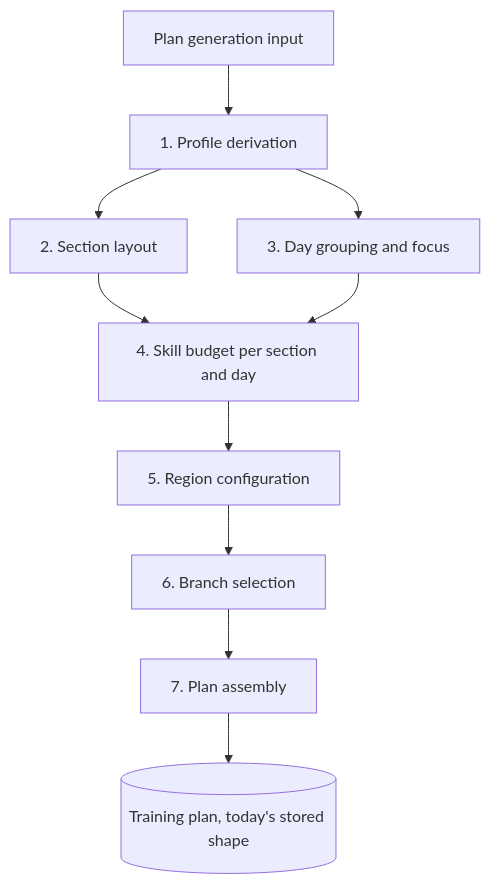
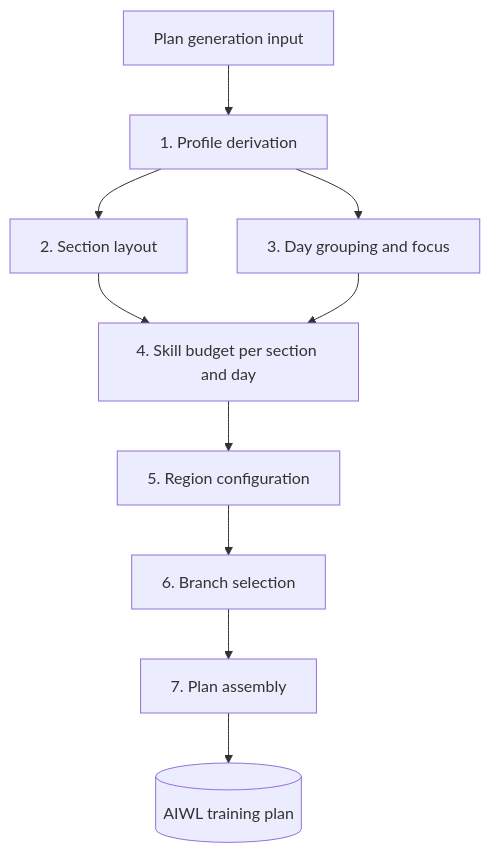
Before and after one commit to digital-athletic/sports-athletic: the first of 2 diagrams in athlete-mobile/docs/adr/plan-generator-architecture.md, drawn with Mermaid. The commit also changed other lines of this file and 7 other files, not shown here.

Commit message:
feat: write AIWL plans with the new plan generator (#663)

````diff
--- a/athlete-mobile/docs/adr/plan-generator-architecture.md
+++ b/athlete-mobile/docs/adr/plan-generator-architecture.md
@@ -46,11 +46,11 @@
 ```mermaid
 flowchart TD
     input[Plan generation input] --> profile[1. Profile derivation]
     profile --> sections[2. Section layout]
     profile --> focus[3. Day grouping and focus]
     sections & focus --> budget[4. Skill budget per section and day]
     budget --> region[5. Region configuration]
     region --> selection[6. Branch selection]
     selection --> assembly[7. Plan assembly]
-    assembly --> plan[(Training plan, today's stored shape)]
+    assembly --> plan[(AIWL training plan)]
 ```
````
